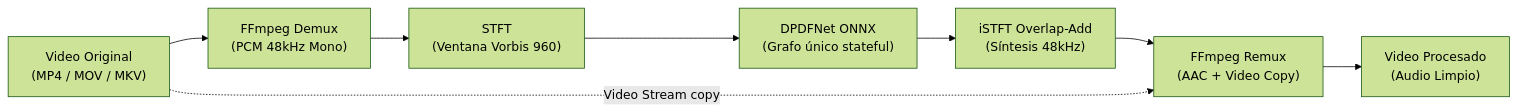
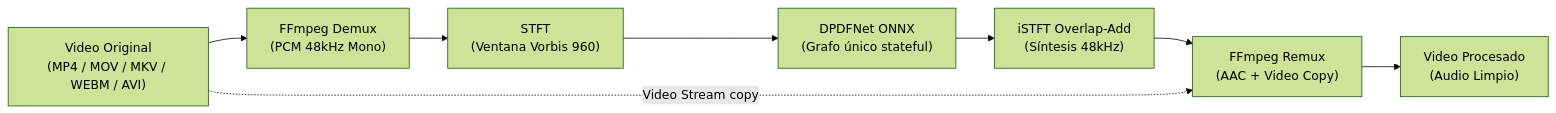
Before and after one commit to CristianRojas-SoftwareEngineer/Denoise: the diagram in README.md, drawn with Mermaid (forest theme). The commit also changed other lines of this file and 2 other files, not shown here.

````diff
--- a/README.md
+++ b/README.md
@@ -194,10 +256,10 @@
 ```mermaid
 flowchart LR
- A["Video Original<br/>(MP4 / MOV / MKV)"] --> B["FFmpeg Demux<br/>(PCM 48kHz Mono)"]
+  A["Video Original<br/>(MP4 / MOV / MKV / WEBM / AVI)"] --> B["FFmpeg Demux<br/>(PCM 48kHz Mono)"]
  B --> C["STFT<br/>(Ventana Vorbis 960)"]
  C --> D["DPDFNet ONNX<br/>(Grafo único stateful)"]
  D --> E["iSTFT Overlap-Add<br/>(Síntesis 48kHz)"]
- E --> G["FFmpeg Remux<br/>(AAC + Video Copy)"]
- A -.->|Video Stream copy| G
- G --> H["Video Procesado<br/>(Audio Limpio)"]
+  E --> F["FFmpeg Remux<br/>(AAC + Video Copy)"]
+  A -.->|Video Stream copy| F
+  F --> G["Video Procesado<br/>(Audio Limpio)"]
 ```
````
